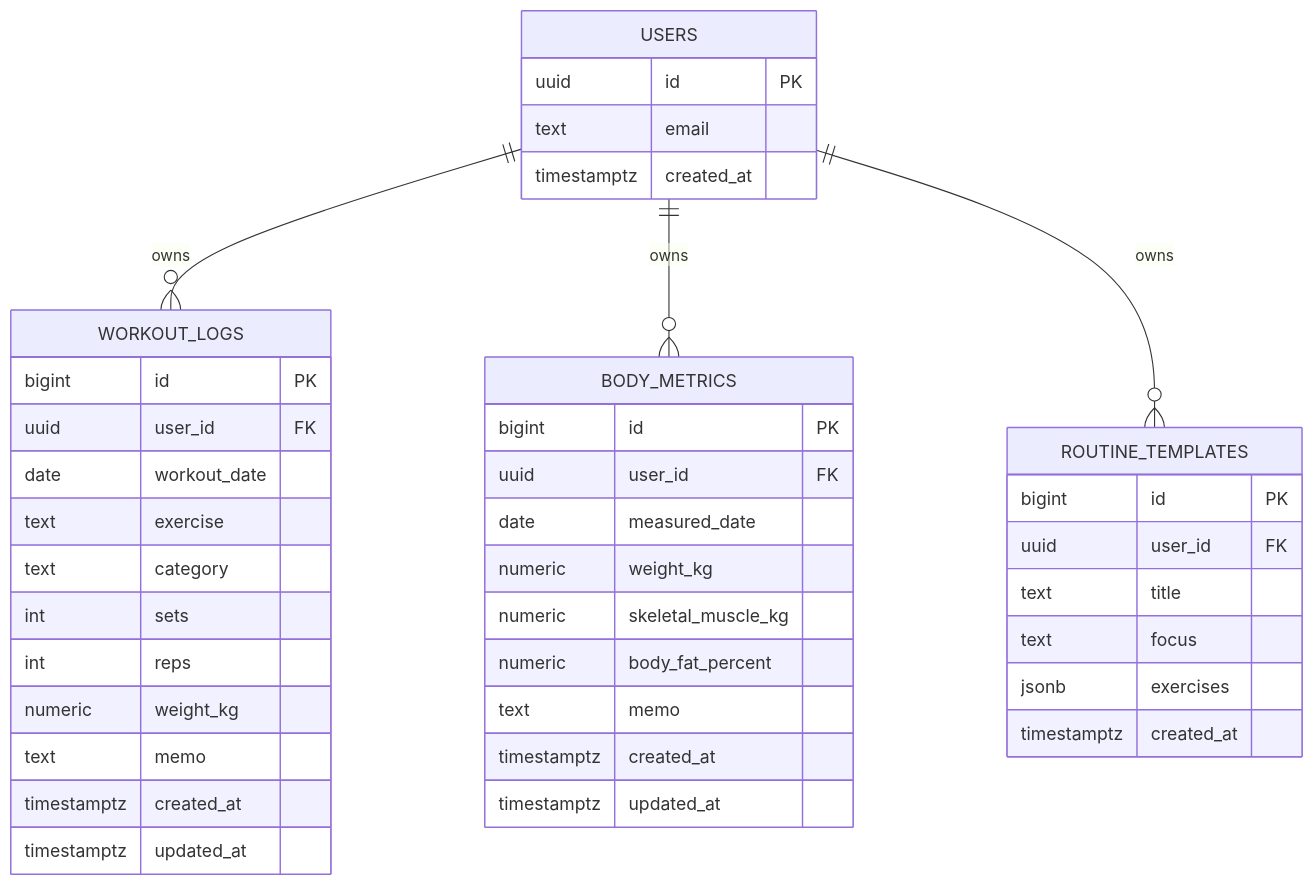
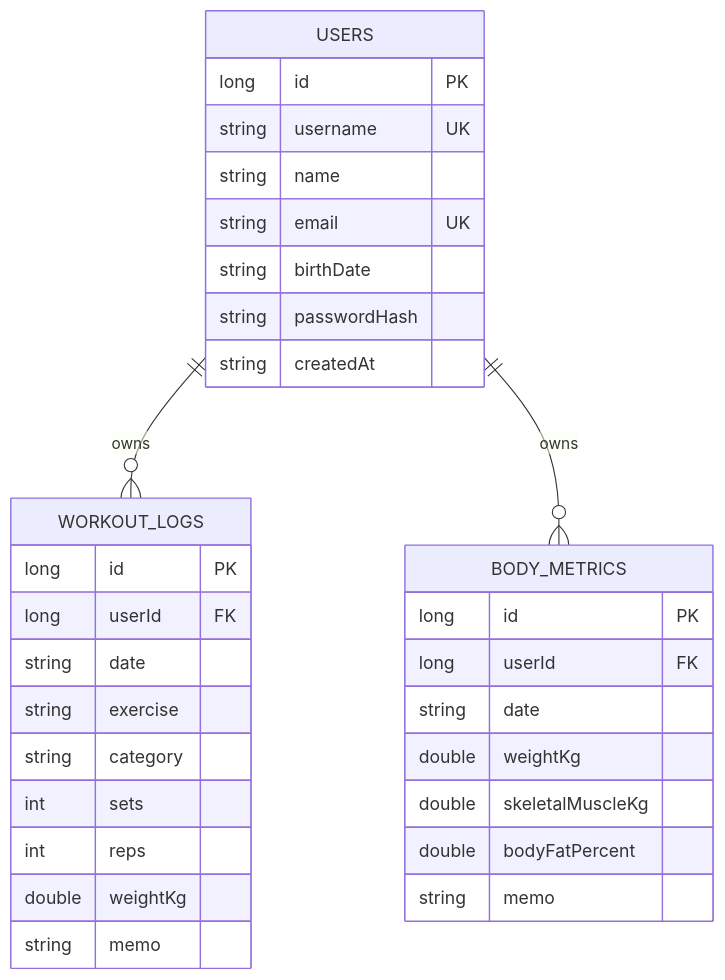
Before and after one commit to LLeesangyeol/PressAndPull: the diagram in docs/data.md, drawn with Mermaid. The commit also changed other lines of this file and 35 other files, not shown here.

````diff
--- a/docs/data.md
+++ b/docs/data.md
@@ -36,47 +66,37 @@
 ```mermaid
 erDiagram
     USERS ||--o{ WORKOUT_LOGS : owns
     USERS ||--o{ BODY_METRICS : owns
-    USERS ||--o{ ROUTINE_TEMPLATES : owns
 
     USERS {
-        uuid id PK
-        text email
-        timestamptz created_at
+        long id PK
+        string username UK
+        string name
+        string email UK
+        string birthDate
+        string passwordHash
+        string createdAt
     }
 
     WORKOUT_LOGS {
-        bigint id PK
-        uuid user_id FK
-        date workout_date
-        text exercise
-        text category
+        long id PK
+        long userId FK
+        string date
+        string exercise
+        string category
         int sets
         int reps
-        numeric weight_kg
-        text memo
-        timestamptz created_at
-        timestamptz updated_at
+        double weightKg
+        string memo
     }
 
     BODY_METRICS {
-        bigint id PK
-        uuid user_id FK
-        date measured_date
-        numeric weight_kg
-        numeric skeletal_muscle_kg
-        numeric body_fat_percent
-        text memo
-        timestamptz created_at
-        timestamptz updated_at
-    }
-
-    ROUTINE_TEMPLATES {
-        bigint id PK
-        uuid user_id FK
-        text title
-        text focus
-        jsonb exercises
-        timestamptz created_at
+        long id PK
+        long userId FK
+        string date
+        double weightKg
+        double skeletalMuscleKg
+        double bodyFatPercent
+        string memo
     }
 ```
````
